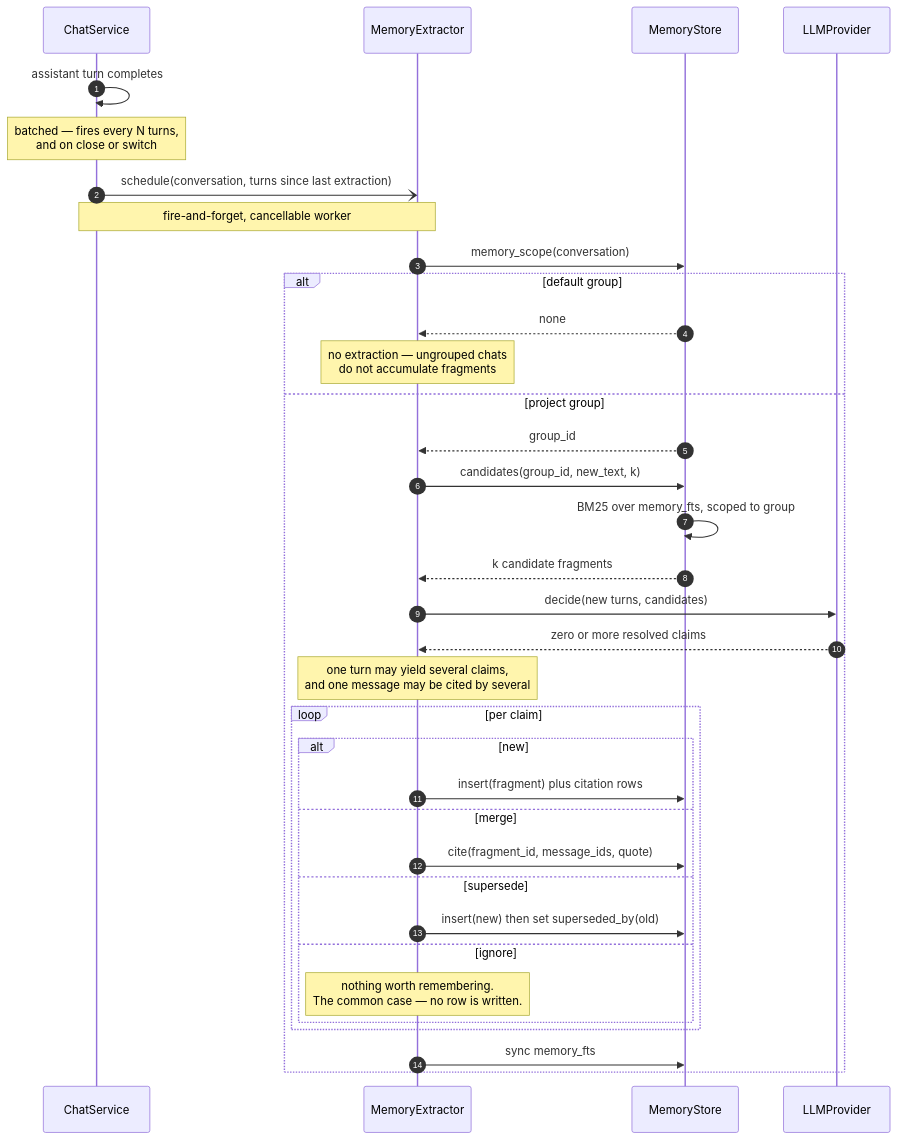
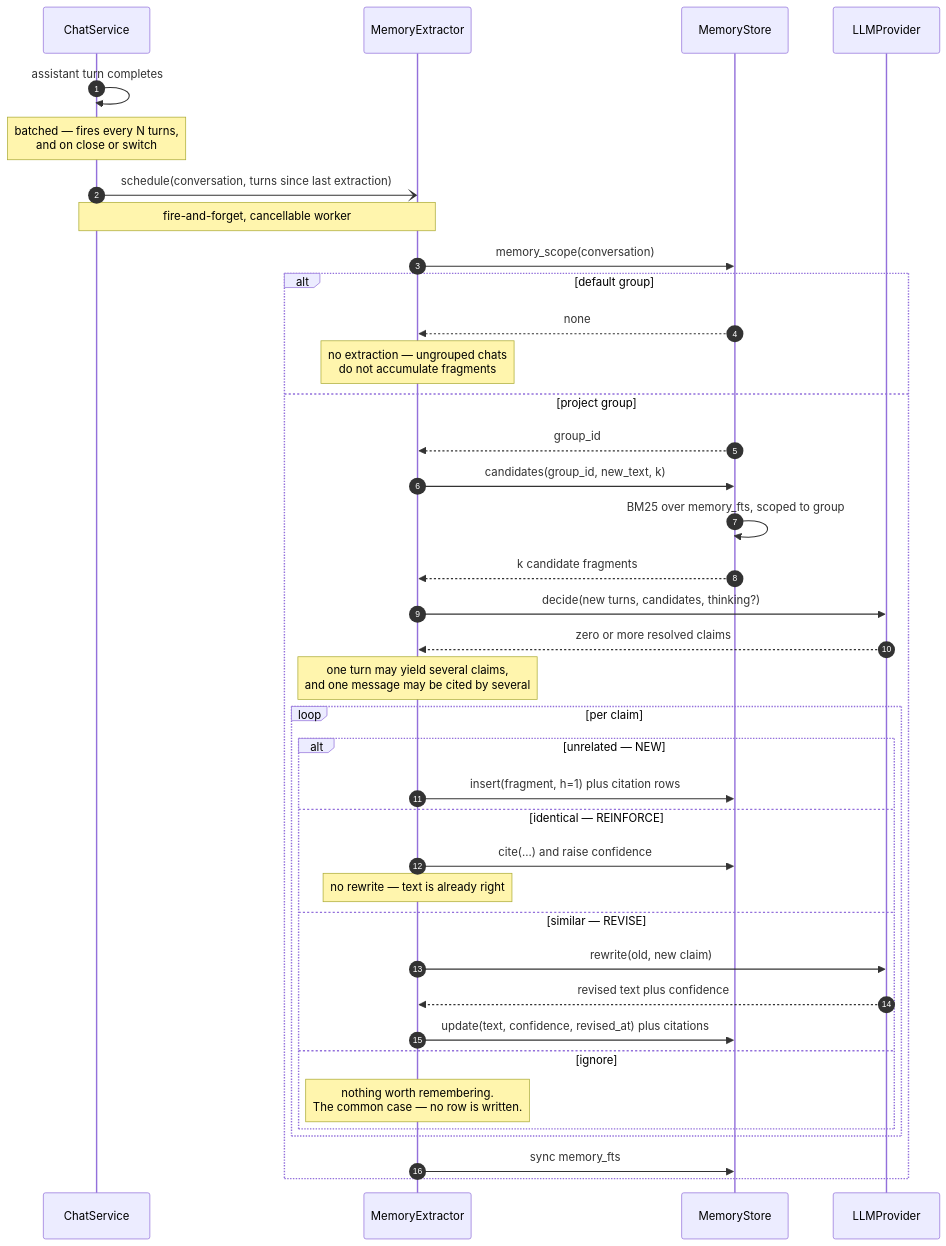
Before and after one commit to Alorcus/agent_project: the fifth of 10 diagrams in docs/plans/memory-and-groups.md, drawn with Mermaid. The commit also changed other lines of this file, not shown here.

````diff
--- a/docs/plans/memory-and-groups.md
+++ b/docs/plans/memory-and-groups.md
@@ -306,42 +379,45 @@
 ```mermaid
 sequenceDiagram
     autonumber
     participant Chat as ChatService
     participant Ex as MemoryExtractor
     participant Store as MemoryStore
     participant LLM as LLMProvider
 
     Chat->>Chat: assistant turn completes
     Note over Chat: batched — fires every N turns,<br/>and on close or switch
     Chat-)Ex: schedule(conversation, turns since last extraction)
     Note over Chat,Ex: fire-and-forget, cancellable worker
 
     Ex->>Store: memory_scope(conversation)
     alt default group
         Store-->>Ex: none
         Note over Ex: no extraction — ungrouped chats<br/>do not accumulate fragments
     else project group
         Store-->>Ex: group_id
         Ex->>Store: candidates(group_id, new_text, k)
         Store->>Store: BM25 over memory_fts, scoped to group
         Store-->>Ex: k candidate fragments
 
-        Ex->>LLM: decide(new turns, candidates)
+        Ex->>LLM: decide(new turns, candidates, thinking?)
         LLM-->>Ex: zero or more resolved claims
         Note over Ex: one turn may yield several claims,<br/>and one message may be cited by several
 
         loop per claim
-            alt new
-                Ex->>Store: insert(fragment) plus citation rows
-            else merge
-                Ex->>Store: cite(fragment_id, message_ids, quote)
-            else supersede
-                Ex->>Store: insert(new) then set superseded_by(old)
+            alt unrelated — NEW
+                Ex->>Store: insert(fragment, h=1) plus citation rows
+            else identical — REINFORCE
+                Ex->>Store: cite(...) and raise confidence
+                Note over Ex: no rewrite — text is already right
+            else similar — REVISE
+                Ex->>LLM: rewrite(old, new claim)
+                LLM-->>Ex: revised text plus confidence
+                Ex->>Store: update(text, confidence, revised_at) plus citations
             else ignore
                 Note over Ex: nothing worth remembering.<br/>The common case — no row is written.
             end
         end
 
         Ex->>Store: sync memory_fts
     end
 ```
````
